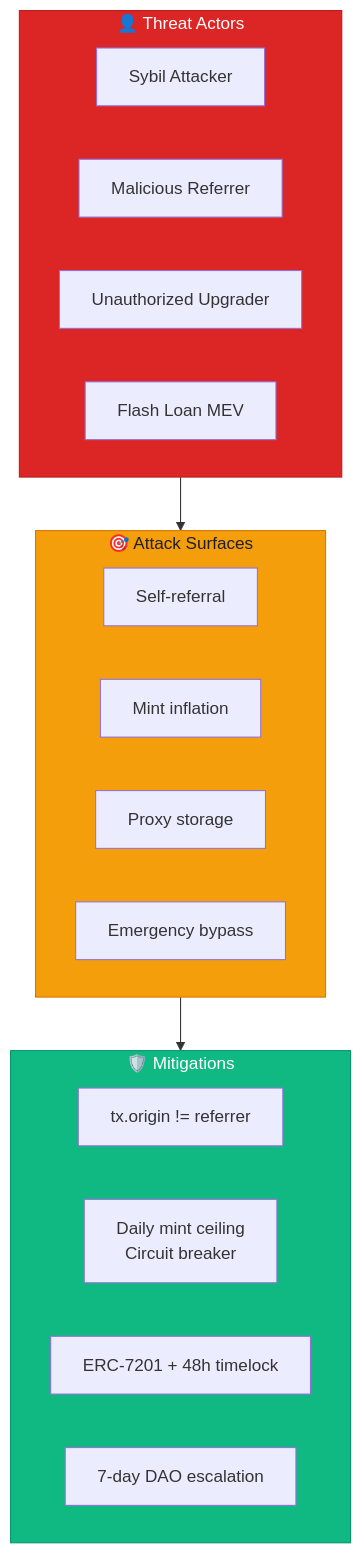
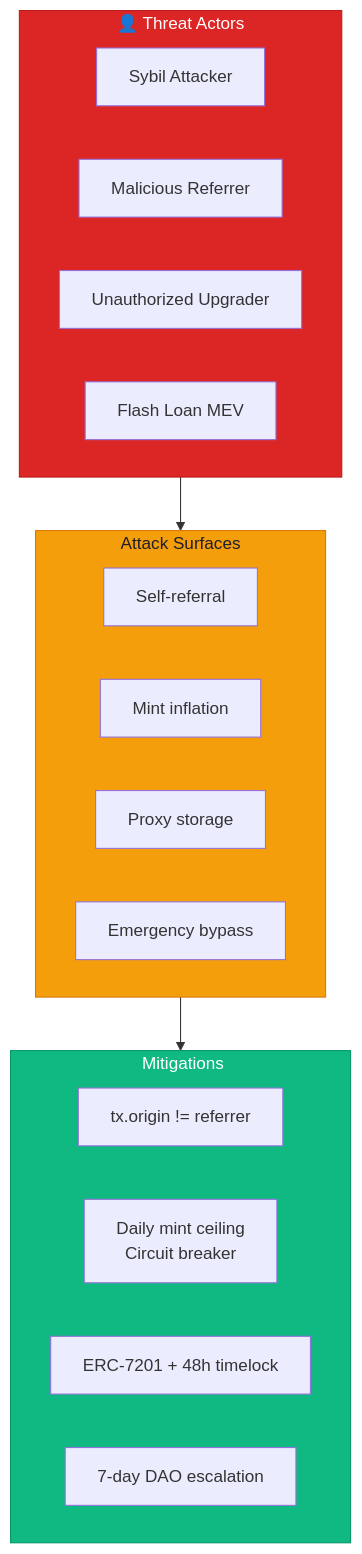
Before and after one commit to guglxni/the-fixer-hook: the diagram in docs/SECURITY.md, drawn with Mermaid. The commit also changed other lines of this file and 15 other files, not shown here.

````diff
--- a/docs/SECURITY.md
+++ b/docs/SECURITY.md
@@ -12,32 +12,32 @@
 ```mermaid
 flowchart TD
     subgraph actors["👤 Threat Actors"]
         direction LR
         A1["Sybil Attacker"]
         A2["Malicious Referrer"]
         A3["Unauthorized Upgrader"]
         A4["Flash Loan MEV"]
     end
 
-    subgraph surface["🎯 Attack Surfaces"]
+    subgraph surface["Attack Surfaces"]
         direction LR
         S1["Self-referral"]
         S2["Mint inflation"]
         S3["Proxy storage"]
         S4["Emergency bypass"]
     end
 
-    subgraph mitigations["🛡️ Mitigations"]
+    subgraph mitigations["️ Mitigations"]
         direction LR
         M1["tx.origin != referrer"]
         M2["Daily mint ceiling\nCircuit breaker"]
         M3["ERC-7201 + 48h timelock"]
         M4["7-day DAO escalation"]
     end
 
     actors --> surface --> mitigations
 
     style actors fill:#DC2626,color:#FFFFFF,stroke:#B91C1C
     style surface fill:#F59E0B,color:#1E1E2E,stroke:#D97706
     style mitigations fill:#10B981,color:#FFFFFF,stroke:#059669
 ```
````
